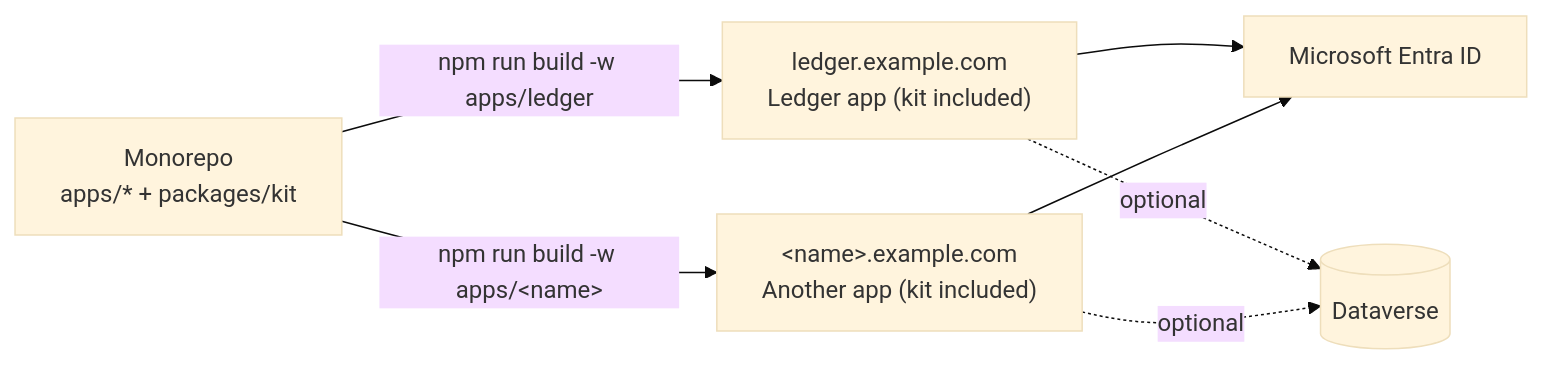
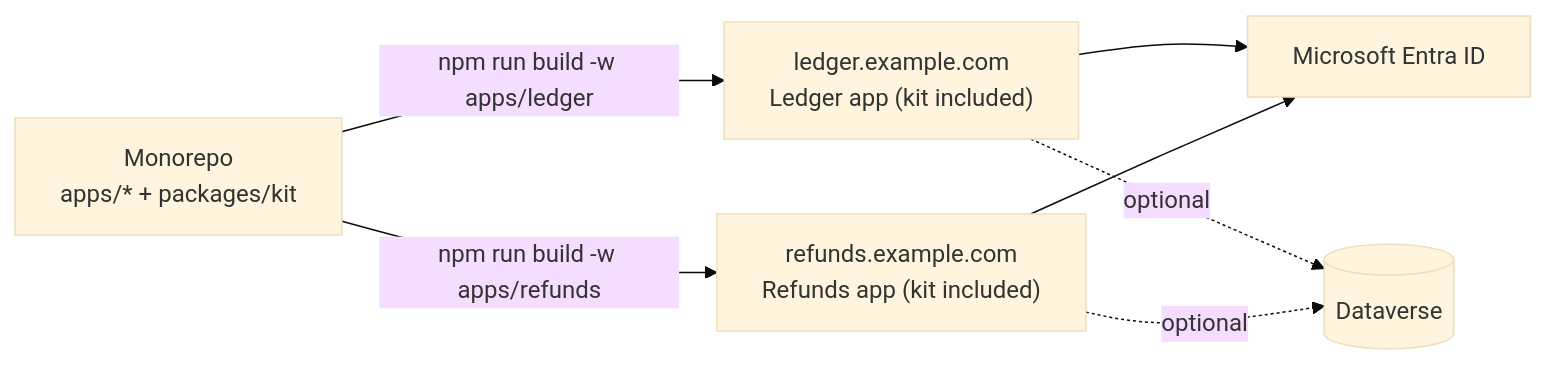
Before and after one commit to anishthite/devin-takehome: the diagram in DEPLOYMENT.md, drawn with Mermaid (base theme). The commit also changed other lines of this file and 5 other files, not shown here.

Commit message:
Add new-kit-app and kit-app-demo-testing skills; update docs for Refunds

````diff
--- a/DEPLOYMENT.md
+++ b/DEPLOYMENT.md
@@ -13,10 +13,10 @@
 ```mermaid
 flowchart LR
     repo["Monorepo<br/>apps/* + packages/kit"]
     repo -- "npm run build -w apps/ledger" --> ledger["ledger.example.com<br/>Ledger app (kit included)"]
-    repo -- "npm run build -w apps/&lt;name&gt;" --> other["&lt;name&gt;.example.com<br/>Another app (kit included)"]
+    repo -- "npm run build -w apps/refunds" --> other["refunds.example.com<br/>Refunds app (kit included)"]
     ledger --> entra["Microsoft Entra ID"]
     other --> entra
     ledger -. optional .-> dv[("Dataverse")]
     other -. optional .-> dv
 ```
````
